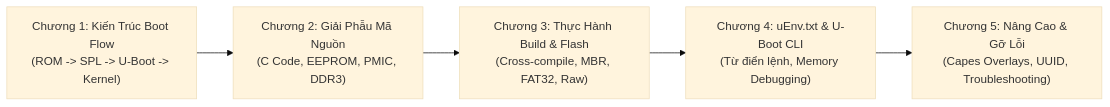
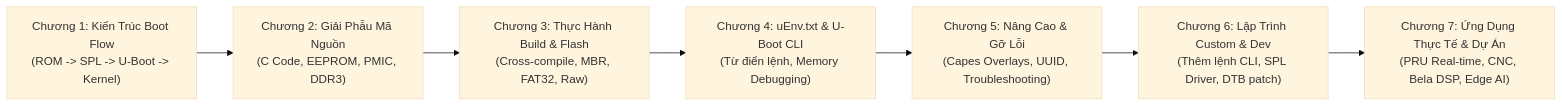
One commit to thinh1210/Obsidian changed the diagram in UBoot_BeagleBone/README.md. Above: the diagram before and after it, drawn with Mermaid (base theme). The commit also changed other lines of this file and 56 other files, not shown here.

````diff
--- a/UBoot_BeagleBone/README.md
+++ b/UBoot_BeagleBone/README.md
@@ -11,7 +11,9 @@
 ```mermaid
 graph LR
     Ch1["Chương 1: Kiến Trúc Boot Flow<br>(ROM -> SPL -> U-Boot -> Kernel)"] --> Ch2["Chương 2: Giải Phẫu Mã Nguồn<br>(C Code, EEPROM, PMIC, DDR3)"]
     Ch2 --> Ch3["Chương 3: Thực Hành Build & Flash<br>(Cross-compile, MBR, FAT32, Raw)"]
     Ch3 --> Ch4["Chương 4: uEnv.txt & U-Boot CLI<br>(Từ điển lệnh, Memory Debugging)"]
     Ch4 --> Ch5["Chương 5: Nâng Cao & Gỡ Lỗi<br>(Capes Overlays, UUID, Troubleshooting)"]
+    Ch5 --> Ch6["Chương 6: Lập Trình Custom & Dev<br>(Thêm lệnh CLI, SPL Driver, DTB patch)"]
+    Ch6 --> Ch7["Chương 7: Ứng Dụng Thực Tế & Dự Án<br>(PRU Real-time, CNC, Bela DSP, Edge AI)"]
 ```
````
